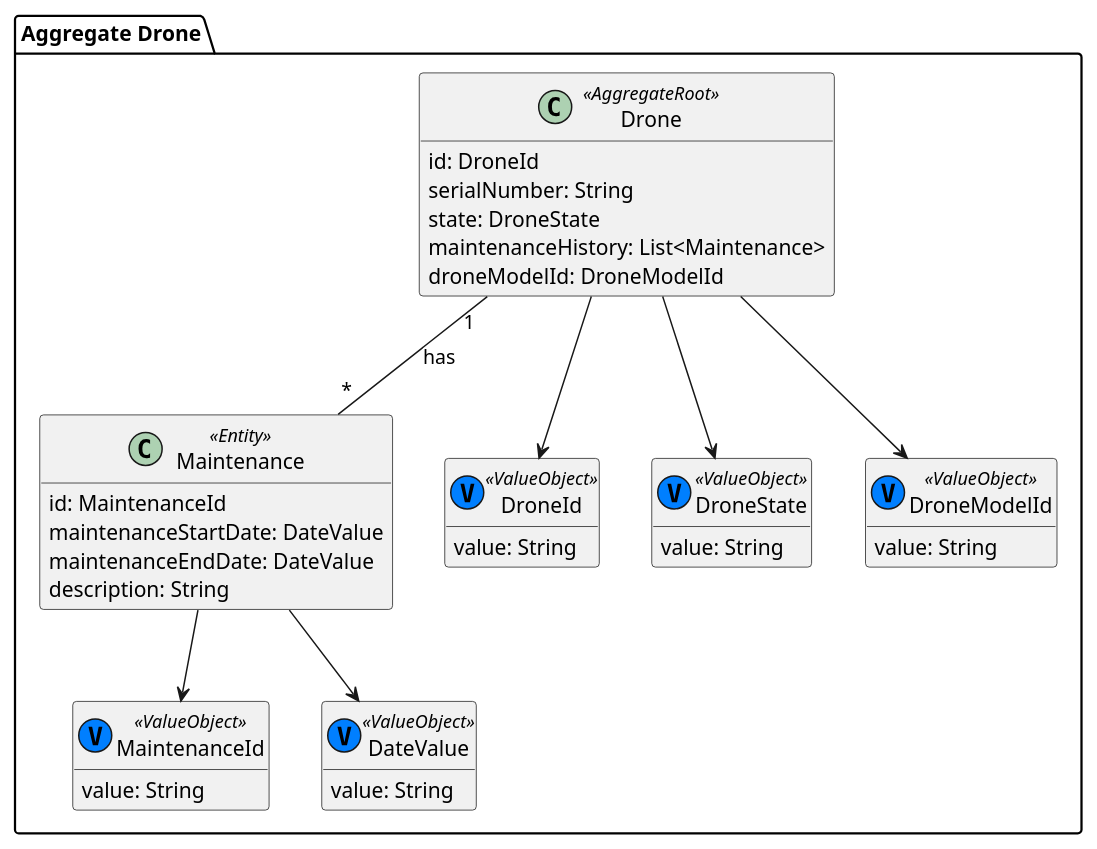
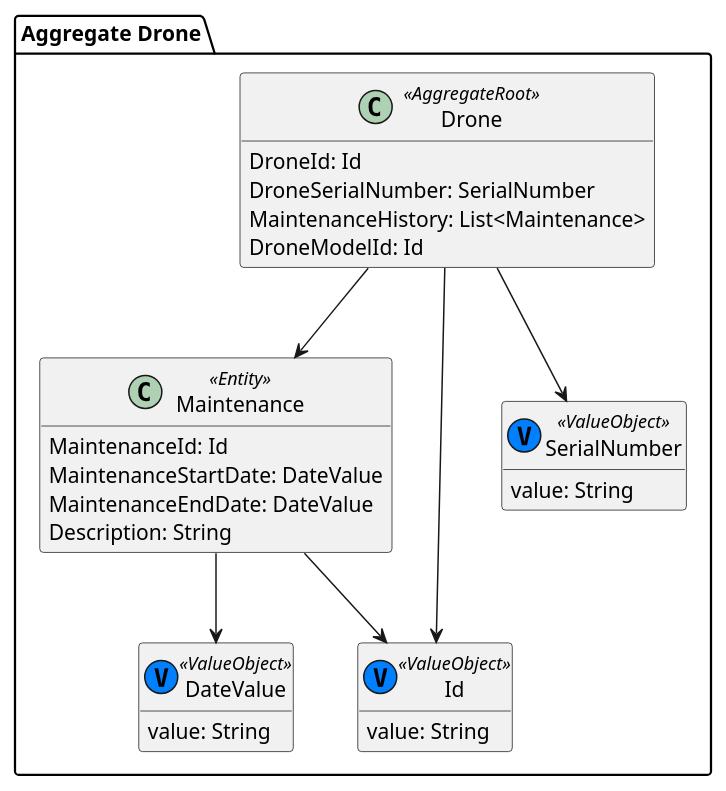
Before and after one commit to HenriqueSilva18/Drone-Show-Management-System: the diagram in docs/us_110/subDomains/domains/aggregate_drone.puml, drawn with PlantUML. The commit also changed 10 other files, not shown here.

```diff
--- a/docs/us_110/subDomains/domains/aggregate_drone.puml
+++ b/docs/us_110/subDomains/domains/aggregate_drone.puml
@@ -1,52 +1,43 @@
 @startuml
 hide methods
 
 package "Aggregate Drone" {
 
     ' Agregado Drone (Aggregate Root)
     class Drone <<AggregateRoot>> {
-        id: DroneId
-        serialNumber: String
-        state: DroneState
-        maintenanceHistory: List<Maintenance>
-        droneModelId: DroneModelId
+        DroneId: Id
+        DroneSerialNumber: SerialNumber
+        MaintenanceHistory: List<Maintenance>
+        DroneModelId: Id
     }
 
     ' Entidade Maintenance associada ao drone
     class Maintenance <<Entity>> {
-        id: MaintenanceId
-        maintenanceStartDate: DateValue
-        maintenanceEndDate: DateValue
-        description: String
+        MaintenanceId: Id
+        MaintenanceStartDate: DateValue
+        MaintenanceEndDate: DateValue
+        Description: String
     }
 
-    class MaintenanceId <<(V, #007fff) ValueObject>> {
+    ' Value Objects
+    class Id <<(V, #007fff) ValueObject>> {
         value: String
     }
 
-    ' Value Objects
-    class DroneId <<(V, #007fff) ValueObject>> {
-        value: String
-    }
-
-    class DroneState <<(V, #007fff) ValueObject>> {
-        value: String
-    }
-
-    class DroneModelId <<(V, #007fff) ValueObject>> {
+    class SerialNumber <<(V, #007fff) ValueObject>> {
         value: String
     }
 
     class DateValue <<(V, #007fff) ValueObject>> {
         value: String
     }
 
     ' Ligações
-    Drone --> DroneId
-    Drone --> DroneState
-    Drone --> DroneModelId
-    Drone "1" -- "*" Maintenance : has
-    Maintenance --> MaintenanceId
+    Drone --> Id
+    Drone --> SerialNumber
+    Drone --> Maintenance
+    Maintenance --> Id
     Maintenance --> DateValue
+
 }
 @enduml
```
